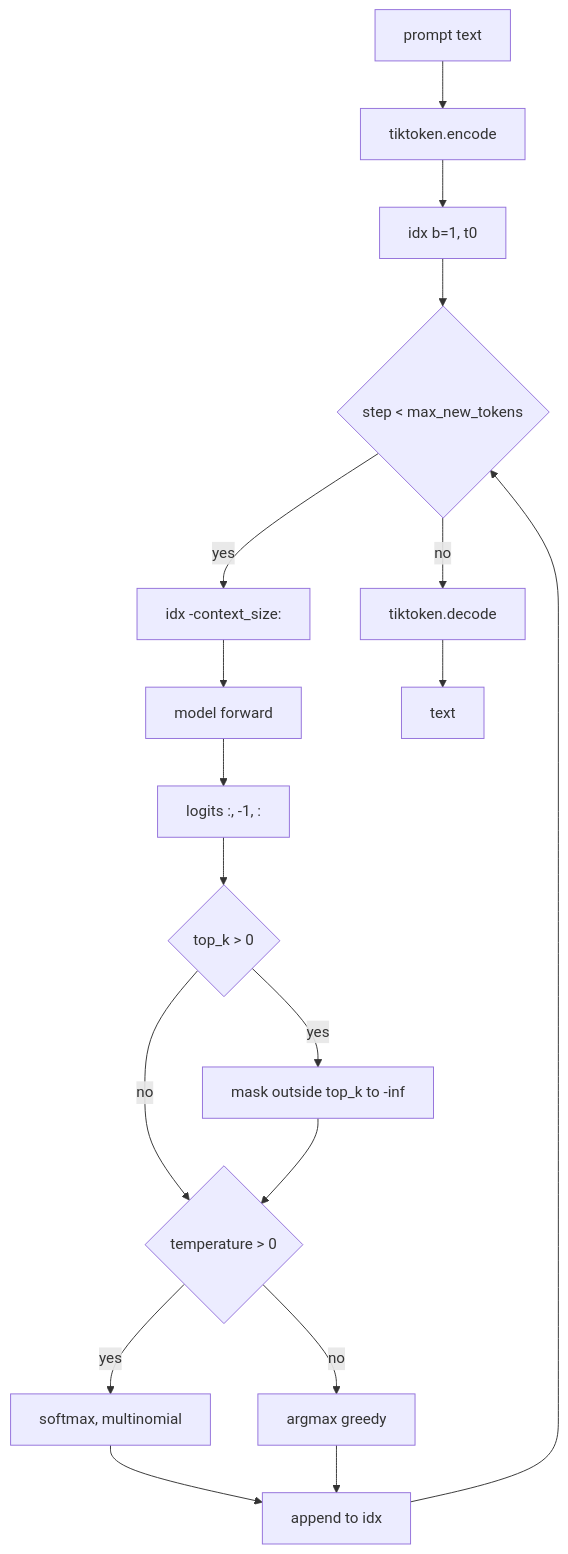
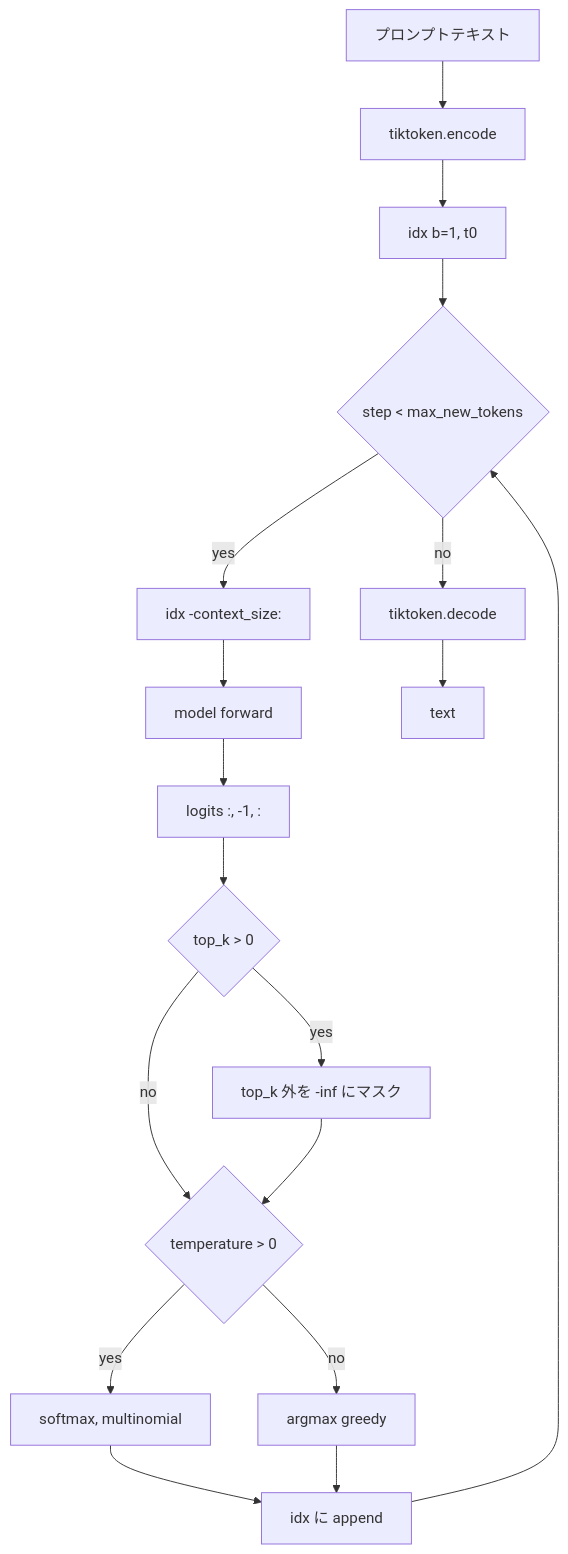
The diagram in docs/generation.md (cacapouh/gpt2-from-scratch), drawn with Mermaid before and after one commit. The commit also changed other lines of this file and 10 other files, not shown here.

````diff
--- a/docs/generation.md
+++ b/docs/generation.md
@@ -28,20 +28,20 @@
 ```mermaid
 flowchart TD
-    P[prompt text] --> E[tiktoken.encode]
+    P[プロンプトテキスト] --> E[tiktoken.encode]
     E --> IDX[idx b=1, t0]
     IDX --> LOOP{step < max_new_tokens}
     LOOP -- yes --> CLIP[idx -context_size:]
     CLIP --> FW[model forward]
     FW --> LAST[logits :, -1, :]
     LAST --> TK{top_k > 0}
-    TK -- yes --> FILT[mask outside top_k to -inf]
+    TK -- yes --> FILT[top_k 外を -inf にマスク]
     TK -- no --> TEMP
     FILT --> TEMP{temperature > 0}
     TEMP -- yes --> SM[softmax, multinomial]
     TEMP -- no --> GR[argmax greedy]
-    SM --> APP[append to idx]
+    SM --> APP[idx に append]
     GR --> APP
     APP --> LOOP
     LOOP -- no --> DEC[tiktoken.decode]
     DEC --> OUT[text]
 ```
````
